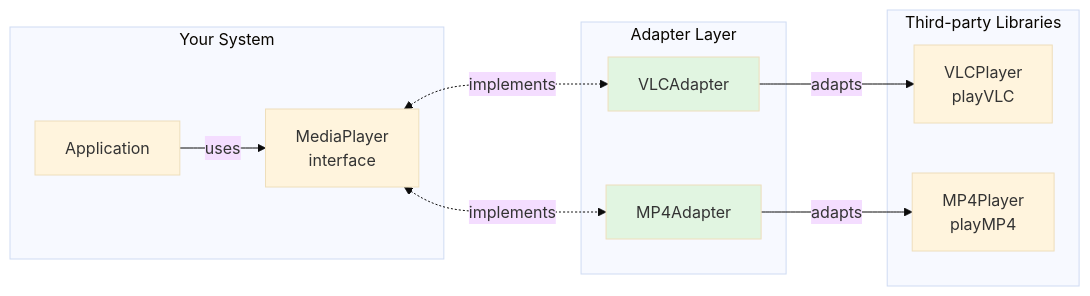
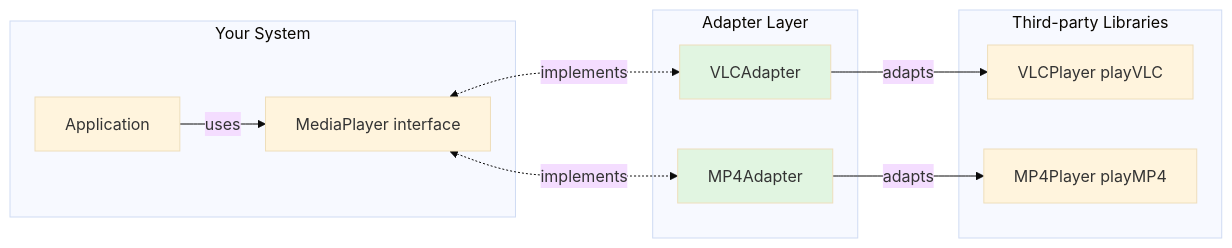
One commit to Brebu/Quizz changed diagram 18 of 55 in chapters/cap13-design-patterns-diag.md. Above: the diagram before and after it, drawn with Mermaid (base theme). The commit also changed other lines of this file and 1 other file, not shown here.

````diff
--- a/chapters/cap13-design-patterns-diag.md
+++ b/chapters/cap13-design-patterns-diag.md
@@ -565,26 +565,26 @@
 ```mermaid
 graph LR
-    subgraph "Your System"
+    subgraph YourSystem[Your System]
         App[Application]
-        MP[MediaPlayer<br/>interface]
+        MP[MediaPlayer interface]
     end
     
-    subgraph "Adapter Layer"
+    subgraph AdapterLayer[Adapter Layer]
         VLC[VLCAdapter]
         MP4[MP4Adapter]
     end
     
-    subgraph "Third-party Libraries"
-        VLCP[VLCPlayer<br/>playVLC]
-        MP4P[MP4Player<br/>playMP4]
+    subgraph ThirdPartyLibs[Third-party Libraries]
+        VLCP[VLCPlayer playVLC]
+        MP4P[MP4Player playMP4]
     end
     
     App -->|uses| MP
     MP <-.->|implements| VLC
     MP <-.->|implements| MP4
     VLC -->|adapts| VLCP
     MP4 -->|adapts| MP4P
     
     style VLC fill:#e1f5e1
     style MP4 fill:#e1f5e1
 ```
````
